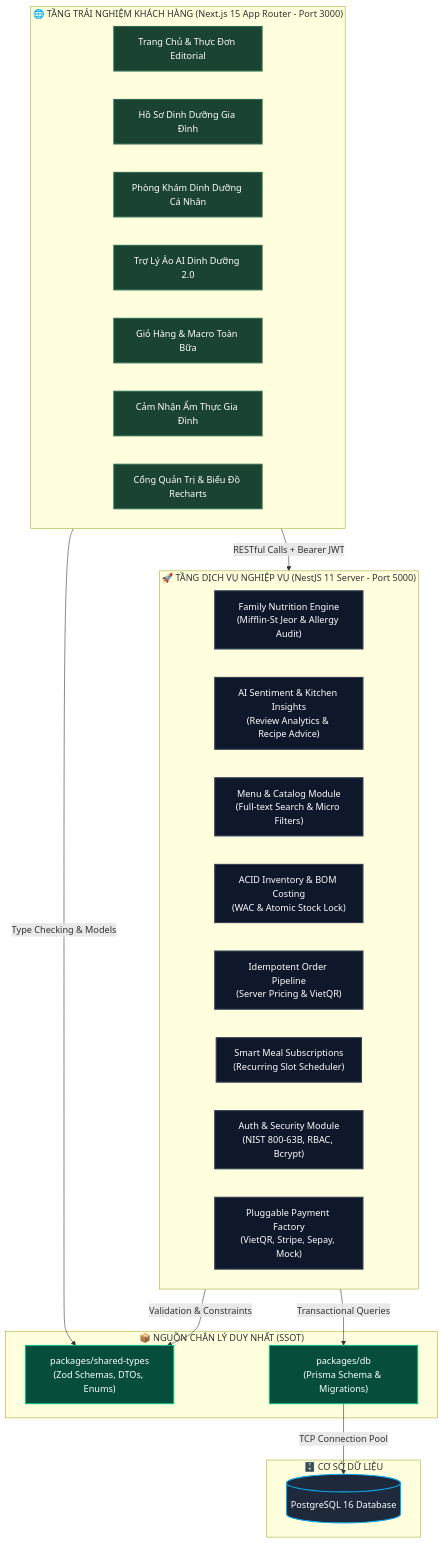
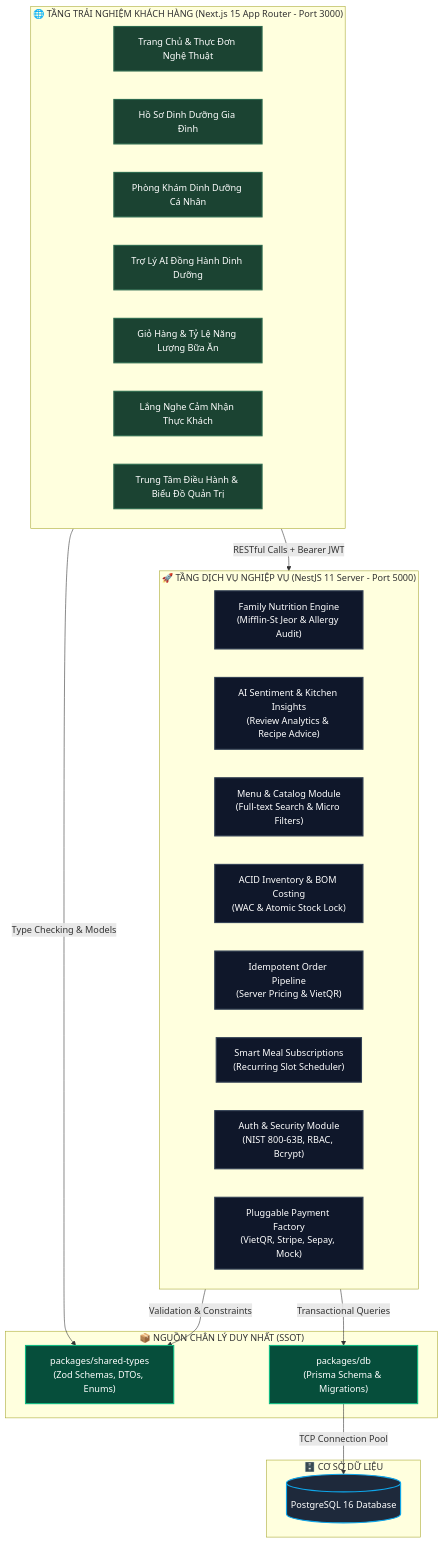
One commit to justpassingByte/ChayFood-monorepo changed the diagram in README.md. Above: the diagram before and after it, drawn with Mermaid. The commit also changed other lines of this file, not shown here.

Commit message:
docs: finalize architecture overview readme and brand logo emblem

````diff
--- a/README.md
+++ b/README.md
@@ -140,44 +110,44 @@
 ```mermaid
 flowchart TB
     %% Styling tokens
     classDef clientStyle fill:#1B4332,stroke:#2D6A4F,stroke-width:2px,color:#FFFFFF;
     classDef serverStyle fill:#0F172A,stroke:#334155,stroke-width:2px,color:#FFFFFF;
     classDef dbStyle fill:#1E293B,stroke:#0EA5E9,stroke-width:2px,color:#FFFFFF;
     classDef sharedStyle fill:#064E3B,stroke:#10B981,stroke-width:2px,color:#FFFFFF;
 
     subgraph CLIENT ["🌐 TẦNG TRẢI NGHIỆM KHÁCH HÀNG (Next.js 15 App Router - Port 3000)"]
-        UI_Home["Trang Chủ & Thực Đơn Editorial"]:::clientStyle
+        UI_Home["Trang Chủ & Thực Đơn Nghệ Thuật"]:::clientStyle
         UI_Family["Hồ Sơ Dinh Dưỡng Gia Đình"]:::clientStyle
         UI_Planner["Phòng Khám Dinh Dưỡng Cá Nhân"]:::clientStyle
-        UI_AI["Trợ Lý Ảo AI Dinh Dưỡng 2.0"]:::clientStyle
-        UI_Cart["Giỏ Hàng & Macro Toàn Bữa"]:::clientStyle
-        UI_Review["Cảm Nhận Ẩm Thực Gia Đình"]:::clientStyle
-        UI_Admin["Cổng Quản Trị & Biểu Đồ Recharts"]:::clientStyle
+        UI_AI["Trợ Lý AI Đồng Hành Dinh Dưỡng"]:::clientStyle
+        UI_Cart["Giỏ Hàng & Tỷ Lệ Năng Lượng Bữa Ăn"]:::clientStyle
+        UI_Review["Lắng Nghe Cảm Nhận Thực Khách"]:::clientStyle
+        UI_Admin["Trung Tâm Điều Hành & Biểu Đồ Quản Trị"]:::clientStyle
     end
 
     subgraph API ["🚀 TẦNG DỊCH VỤ NGHIỆP VỤ (NestJS 11 Server - Port 5000)"]
         MOD_Family["Family Nutrition Engine\n(Mifflin-St Jeor & Allergy Audit)"]:::serverStyle
         MOD_Sentiment["AI Sentiment & Kitchen Insights\n(Review Analytics & Recipe Advice)"]:::serverStyle
         MOD_Menu["Menu & Catalog Module\n(Full-text Search & Micro Filters)"]:::serverStyle
         MOD_Inv["ACID Inventory & BOM Costing\n(WAC & Atomic Stock Lock)"]:::serverStyle
         MOD_Order["Idempotent Order Pipeline\n(Server Pricing & VietQR)"]:::serverStyle
         MOD_Sub["Smart Meal Subscriptions\n(Recurring Slot Scheduler)"]:::serverStyle
         MOD_Auth["Auth & Security Module\n(NIST 800-63B, RBAC, Bcrypt)"]:::serverStyle
         MOD_Pay["Pluggable Payment Factory\n(VietQR, Stripe, Sepay, Mock)"]:::serverStyle
     end
 
     subgraph SHARED ["📦 NGUỒN CHÂN LÝ DUY NHẤT (SSOT)"]
         PKG_Types["packages/shared-types\n(Zod Schemas, DTOs, Enums)"]:::sharedStyle
         PKG_DB["packages/db\n(Prisma Schema & Migrations)"]:::sharedStyle
     end
 
     subgraph DATA ["🗄️ CƠ SỞ DỮ LIỆU"]
         Postgres[("PostgreSQL 16 Database")]:::dbStyle
     end
 
     CLIENT -->|RESTful Calls + Bearer JWT| API
     API -->|Validation & Constraints| PKG_Types
     CLIENT -->|Type Checking & Models| PKG_Types
     API -->|Transactional Queries| PKG_DB
     PKG_DB -->|TCP Connection Pool| Postgres
 ```
````
